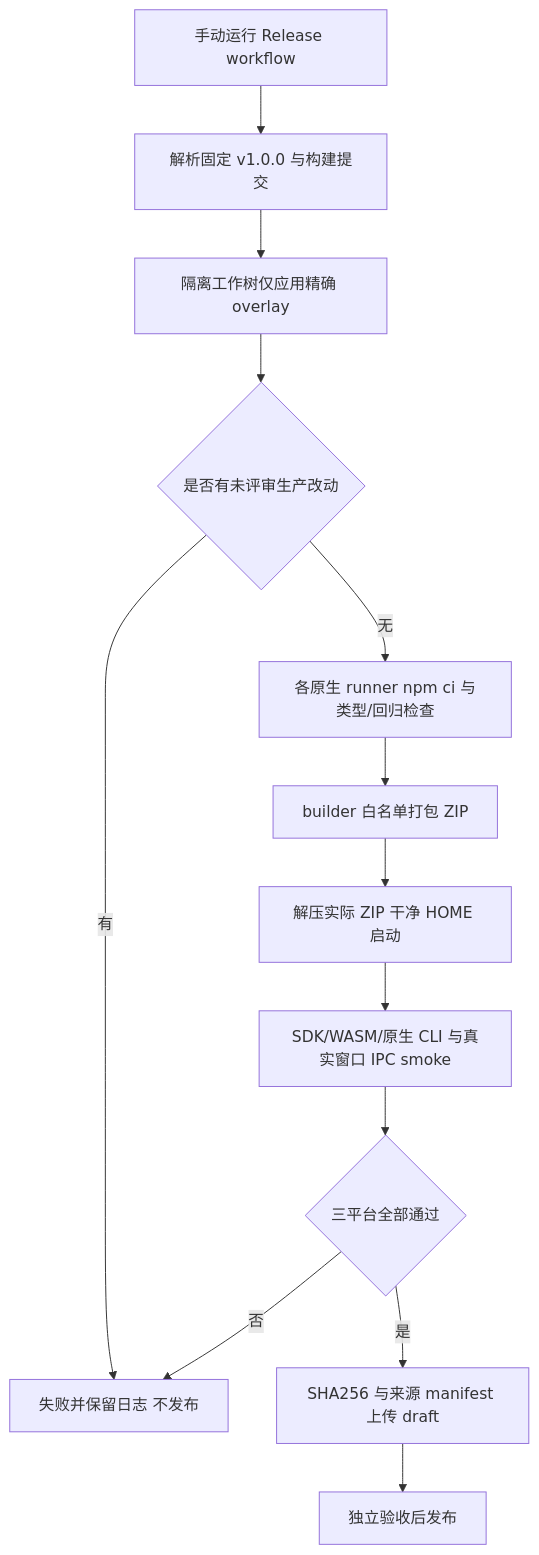
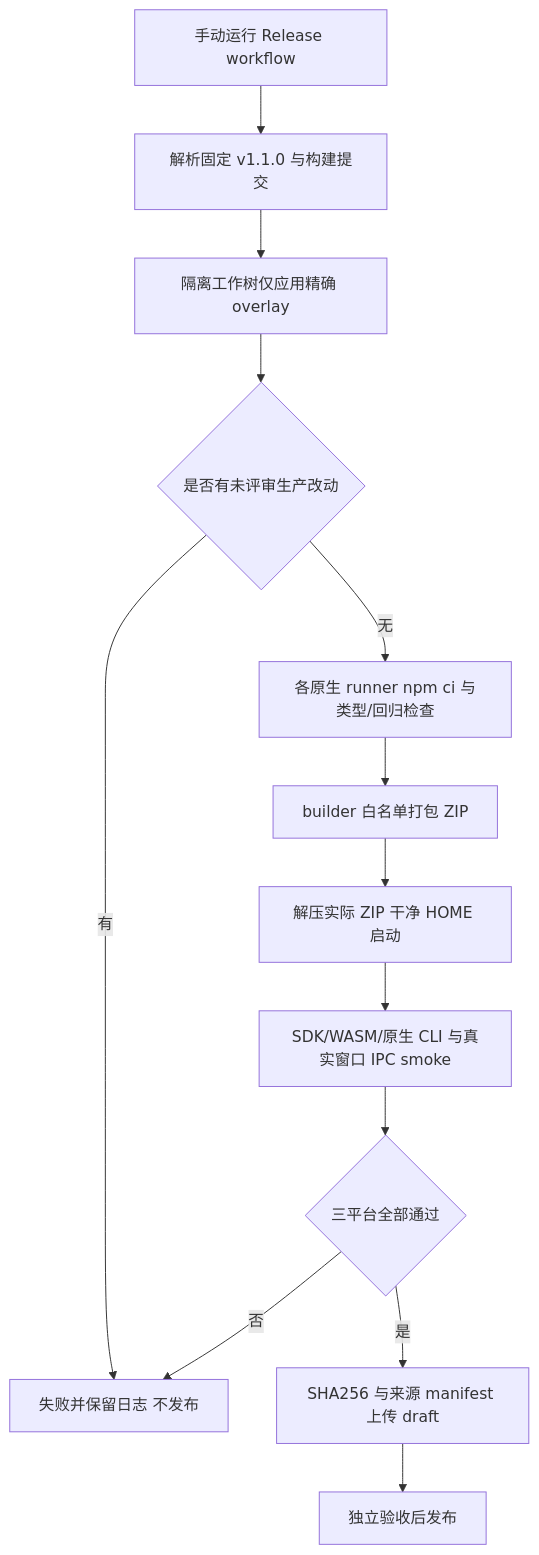
The diagram in 角色卡/装配/docs/feature/desktop-release-packaging.md (wangzhongren/ans-studio), drawn with Mermaid before and after one commit. The commit also changed other lines of this file and 20 other files, not shown here.

````diff
--- a/角色卡/装配/docs/feature/desktop-release-packaging.md
+++ b/角色卡/装配/docs/feature/desktop-release-packaging.md
@@ -5,15 +5,15 @@
 ```mermaid
 flowchart TD
- A[手动运行 Release workflow] --> B[解析固定 v1.0.0 与构建提交]
+ A[手动运行 Release workflow] --> B[解析固定 v1.1.0 与构建提交]
  B --> C[隔离工作树仅应用精确 overlay]
  C --> D{是否有未评审生产改动}
  D -->|有| E[失败并保留日志 不发布]
  D -->|无| F[各原生 runner npm ci 与类型/回归检查]
  F --> G[builder 白名单打包 ZIP]
  G --> H[解压实际 ZIP 干净 HOME 启动]
  H --> I[SDK/WASM/原生 CLI 与真实窗口 IPC smoke]
  I --> J{三平台全部通过}
  J -->|否| E
  J -->|是| K[SHA256 与来源 manifest 上传 draft]
  K --> L[独立验收后发布]
 ```
````
